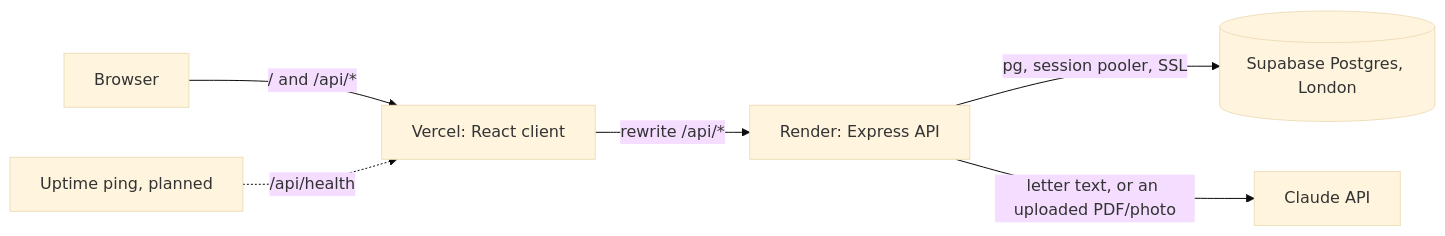
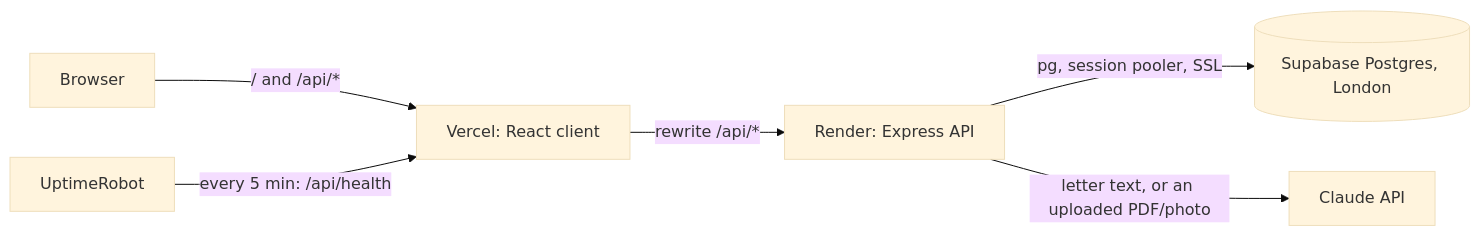
Before and after one commit to 21walel-DATA/dischargeiq: the first of 2 diagrams in docs/architecture.md, drawn with Mermaid (base theme). The commit also changed other lines of this file and 3 other files, not shown here.

Commit message:
docs: uptime monitor running (UptimeRobot, 5 min); tick 'live and reliable'

````diff
--- a/docs/architecture.md
+++ b/docs/architecture.md
@@ -31,8 +31,8 @@
 ```mermaid
 flowchart LR
   B[Browser] -->|"/ and /api/*"| V[Vercel: React client]
   V -->|"rewrite /api/*"| R[Render: Express API]
   R -->|"pg, session pooler, SSL"| S[(Supabase Postgres, London)]
   R -->|"letter text, or an uploaded PDF/photo"| C[Claude API]
-  U[Uptime ping, planned] -.->|"/api/health"| V
+  U[UptimeRobot] -->|"every 5 min: /api/health"| V
 ```
````
